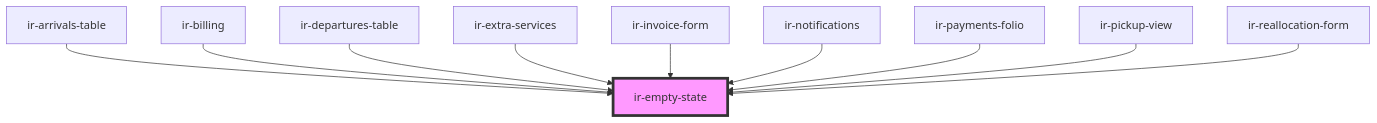
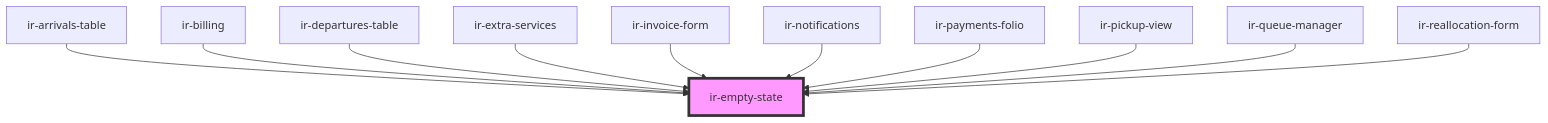
Before and after one commit to RonyRizk/ir-webcmp: the diagram in src/components/ir-empty-state/readme.md, drawn with Mermaid. The commit also changed other lines of this file and 98 other files, not shown here.

````diff
--- a/src/components/ir-empty-state/readme.md
+++ b/src/components/ir-empty-state/readme.md
@@ -37,13 +38,14 @@
 ```mermaid
 graph TD;
   ir-arrivals-table --> ir-empty-state
   ir-billing --> ir-empty-state
   ir-departures-table --> ir-empty-state
   ir-extra-services --> ir-empty-state
   ir-invoice-form --> ir-empty-state
   ir-notifications --> ir-empty-state
   ir-payments-folio --> ir-empty-state
   ir-pickup-view --> ir-empty-state
+  ir-queue-manager --> ir-empty-state
   ir-reallocation-form --> ir-empty-state
   style ir-empty-state fill:#f9f,stroke:#333,stroke-width:4px
 ```
````
